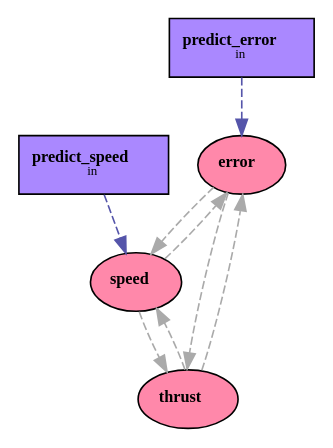
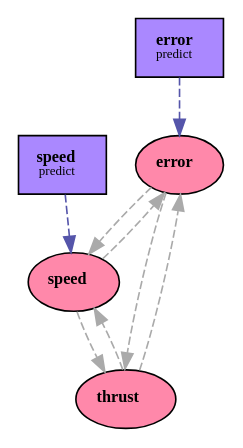
Before and after one commit to Ekeichi/cxsom-rl-2: the diagram in rocket/rocket/architecture/predict.dot, drawn with Graphviz. The commit also changed 3 other files, not shown here.

```diff
--- a/rocket/rocket/architecture/predict.dot
+++ b/rocket/rocket/architecture/predict.dot
@@ -1,18 +1,18 @@
 digraph All {
 
       m0000 [label=<<font point-size="10"><b>error</b></font>>, shape=ellipse, shape=ellipse, fillcolor="#ff88aa", style="filled"]
       m0001 [label=<<font point-size="10"><b>speed</b></font>>, shape=ellipse, shape=ellipse, fillcolor="#ff88aa", style="filled"]
       m0002 [label=<<font point-size="10"><b>thrust</b></font>>, shape=ellipse, shape=ellipse, fillcolor="#ff88aa", style="filled"]
-      v0003 [label=<<font point-size="10"><b>predict_error</b></font><br/><font point-size="8">in</font>>, shape=box, shape=box, fillcolor="#aa88ff", style="filled"]
-      v0004 [label=<<font point-size="10"><b>predict_speed</b></font><br/><font point-size="8">in</font>>, shape=box, shape=box, fillcolor="#aa88ff", style="filled"]
+      v0003 [label=<<font point-size="10"><b>error</b></font><br/><font point-size="8">predict</font>>, shape=box, shape=box, fillcolor="#aa88ff", style="filled"]
+      v0004 [label=<<font point-size="10"><b>speed</b></font><br/><font point-size="8">predict</font>>, shape=box, shape=box, fillcolor="#aa88ff", style="filled"]
 
   m0000 -> m0001 [color="#aaaaaa", style=dashed]
   m0000 -> m0002 [color="#aaaaaa", style=dashed]
   m0001 -> m0000 [color="#aaaaaa", style=dashed]
   m0001 -> m0002 [color="#aaaaaa", style=dashed]
   m0002 -> m0000 [color="#aaaaaa", style=dashed]
   m0002 -> m0001 [color="#aaaaaa", style=dashed]
   v0003 -> m0000 [color="#5555aa", style=dashed]
   v0004 -> m0001 [color="#5555aa", style=dashed]
 
 }
```
